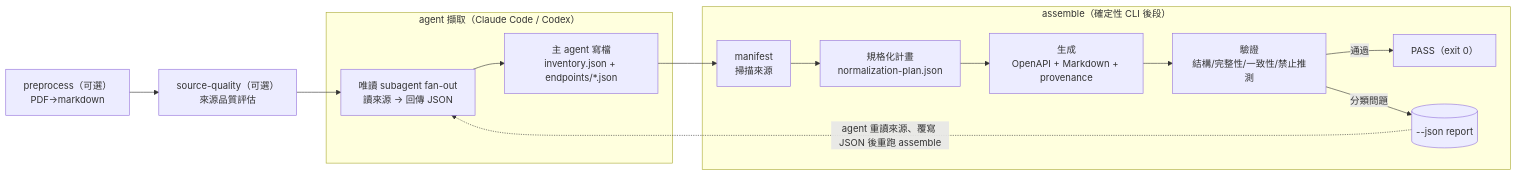
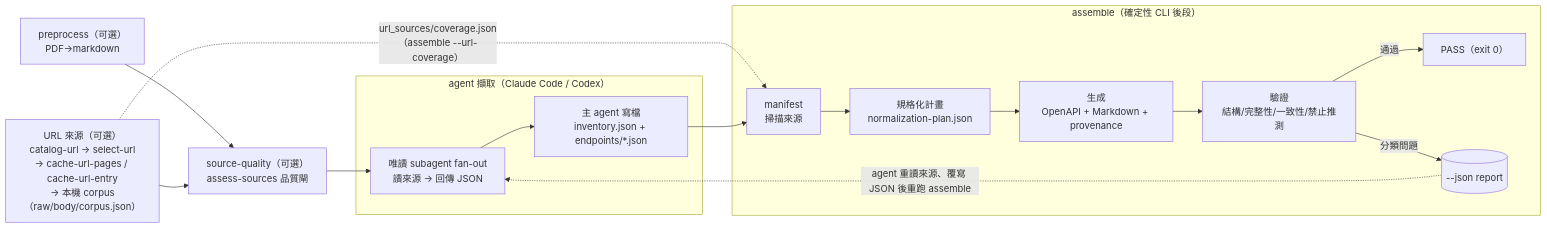
Before and after one commit to CarlLee1983/loop-apidoc: the first of 2 diagrams in docs/ARCHITECTURE.md, drawn with Mermaid. The commit also changed other lines of this file and 13 other files, not shown here.

````diff
--- a/docs/ARCHITECTURE.md
+++ b/docs/ARCHITECTURE.md
@@ -24,20 +24,22 @@
 ```mermaid
 flowchart LR
-    PRE["preprocess（可選）<br/>PDF→markdown"] --> SQ["source-quality（可選）<br/>來源品質評估"]
+    PRE["preprocess（可選）<br/>PDF→markdown"] --> SQ["source-quality（可選）<br/>assess-sources 品質閘"]
+    URL["URL 來源（可選）<br/>catalog-url → select-url<br/>→ cache-url-pages / cache-url-entry<br/>→ 本機 corpus（raw/body/corpus.json）"] --> SQ
     SQ --> EX
+    URL -. "url_sources/coverage.json<br/>（assemble --url-coverage）" .-> M
 
     subgraph AGENT["agent 擷取（Claude Code / Codex）"]
         EX["唯讀 subagent fan-out<br/>讀來源 → 回傳 JSON"] --> WR["主 agent 寫檔<br/>inventory.json + endpoints/*.json"]
     end
 
     subgraph CLI["assemble（確定性 CLI 後段）"]
         M["manifest<br/>掃描來源"] --> P["規格化計畫<br/>normalization-plan.json"]
         P --> G["生成<br/>OpenAPI + Markdown + provenance"]
         G --> V["驗證<br/>結構/完整性/一致性/禁止推測"]
         V -->|通過| OK["PASS（exit 0）"]
         V -->|分類問題| R[("--json report")]
     end
 
     WR --> M
     R -.agent 重讀來源、覆寫 JSON 後重跑 assemble.-> EX
 ```
````
